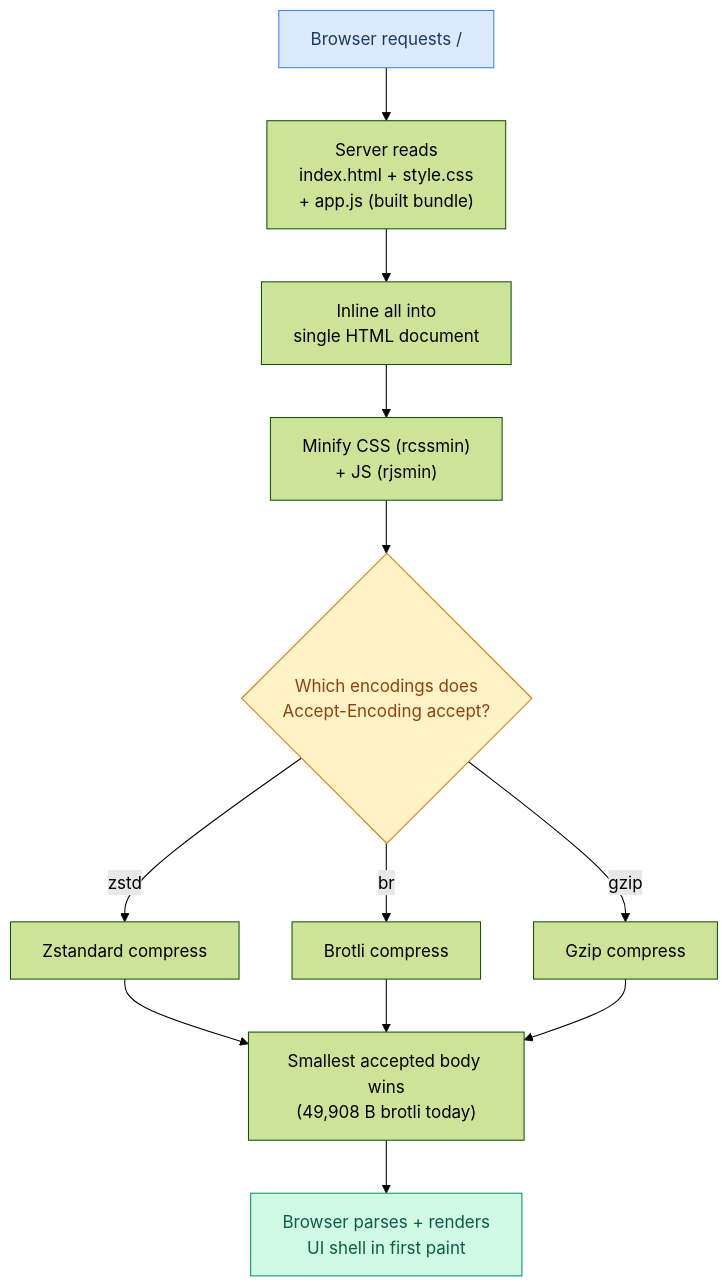
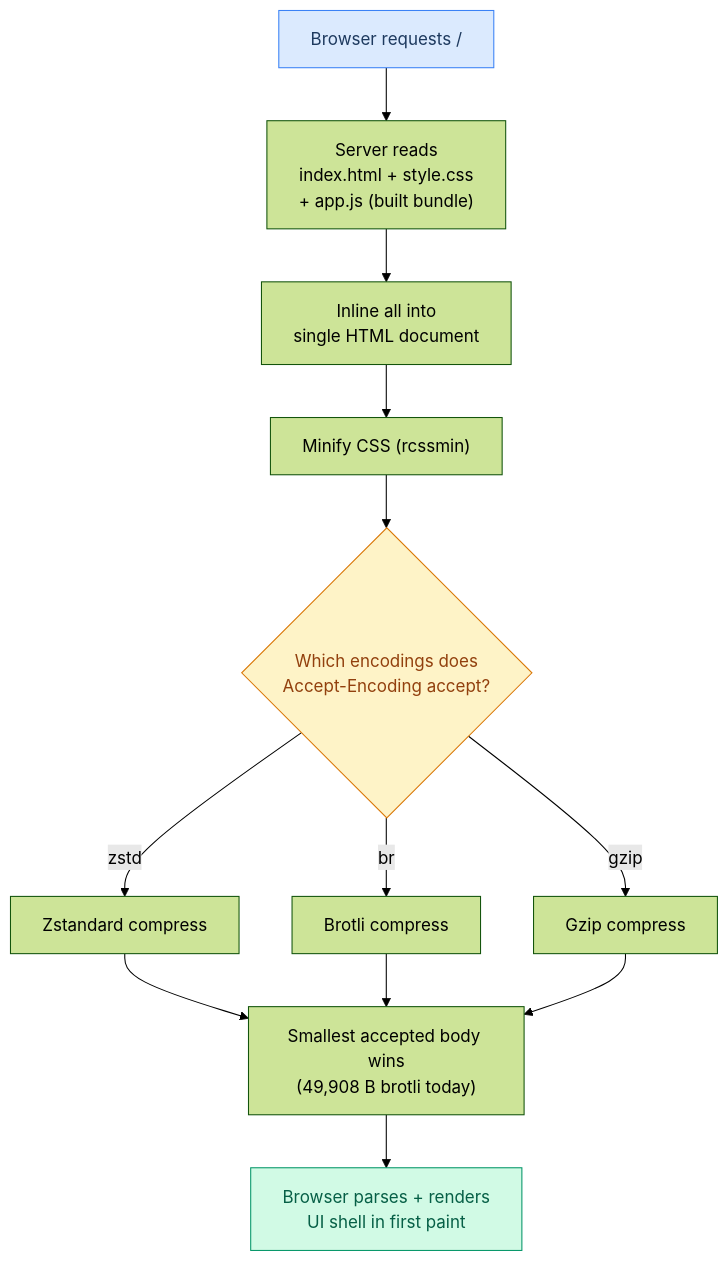
Before and after one commit to maci0/recoverage: diagram 16 of 18 in docs/USER_STORIES.md, drawn with Mermaid (forest theme). The commit also changed other lines of this file and 6 other files, not shown here.

````diff
--- a/docs/USER_STORIES.md
+++ b/docs/USER_STORIES.md
@@ -518,18 +518,18 @@
 ```mermaid
 graph TD
     A["Browser requests /"] --> B["Server reads<br/>index.html + style.css<br/>+ app.js (built bundle)"]
     B --> C["Inline all into<br/>single HTML document"]
-    C --> D["Minify CSS (rcssmin)<br/>+ JS (rjsmin)"]
+    C --> D["Minify CSS (rcssmin)"]
     D --> E{"Which encodings does<br/>Accept-Encoding accept?"}
     E -->|zstd| F["Zstandard compress"]
     E -->|br| G["Brotli compress"]
     E -->|gzip| H["Gzip compress"]
     F --> I["Smallest accepted body wins<br/>(49,908 B brotli today)"]
     G --> I
     H --> I
     I --> J["Browser parses + renders<br/>UI shell in first paint"]
 
     style A fill:#dbeafe,stroke:#3b82f6,color:#1e3a5f
     style J fill:#d1fae5,stroke:#059669,color:#065f46
     style E fill:#fef3c7,stroke:#d97706,color:#92400e
 ```
````
